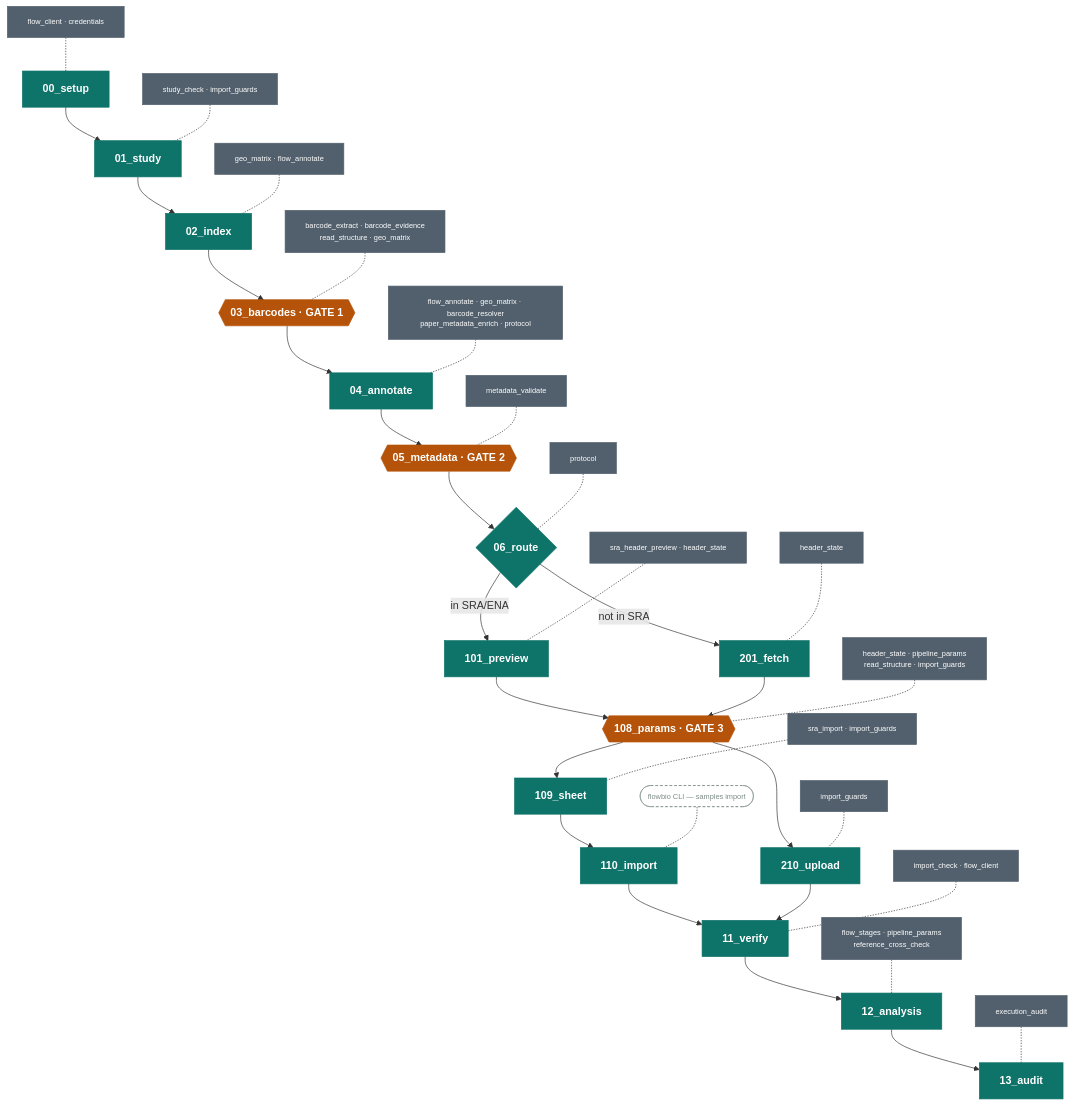
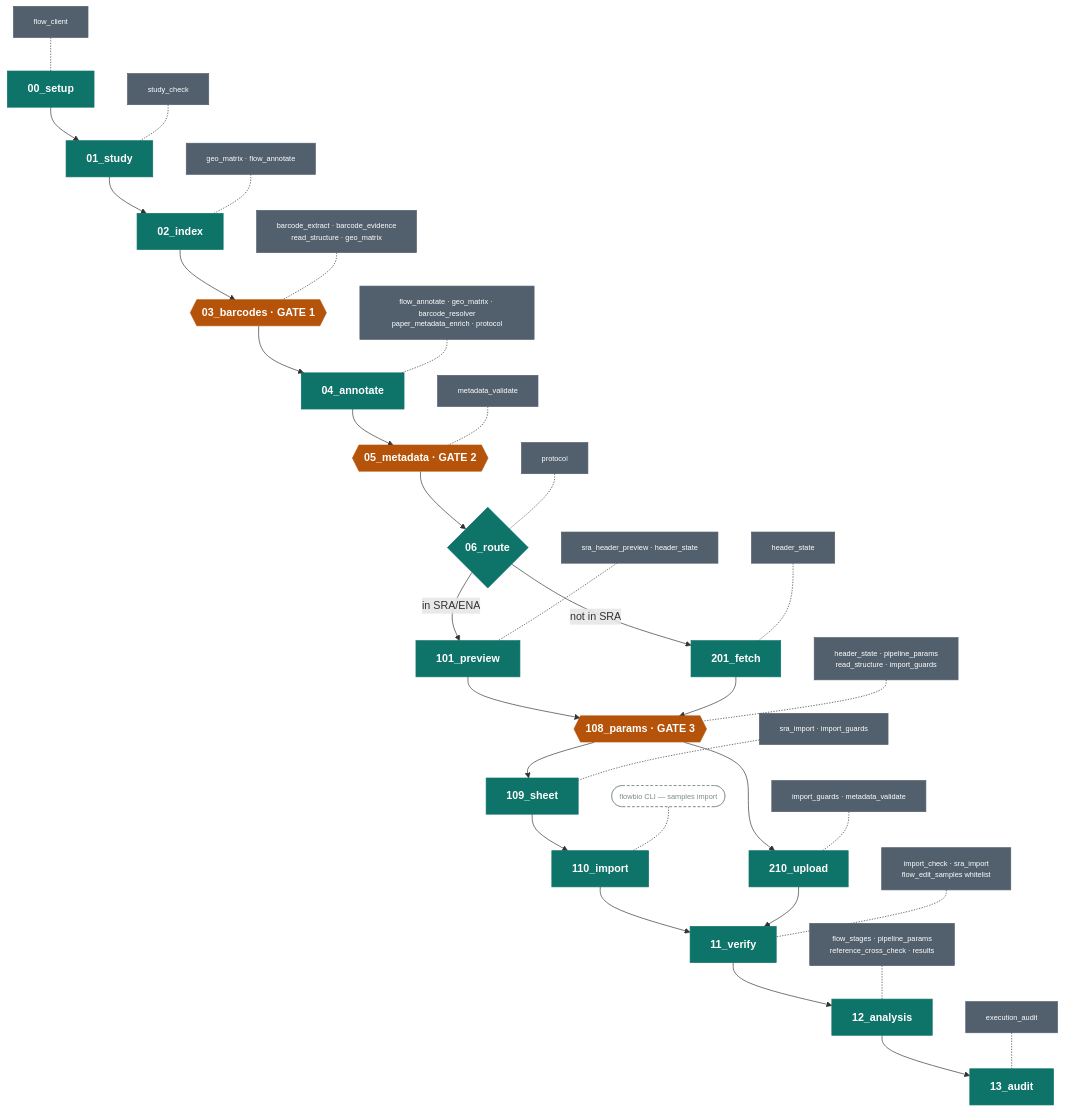
The diagram in skills/flow-compile/reference/wiring.md (Chromojones/ClawBio), drawn with Mermaid before and after one commit. The commit also changed other lines of this file and 11 other files, not shown here.

````diff
--- a/skills/flow-compile/reference/wiring.md
+++ b/skills/flow-compile/reference/wiring.md
@@ -13,34 +13,34 @@
 ```mermaid
 flowchart TD
     S00["00_setup"]:::stage --> S01["01_study"]:::stage --> S02["02_index"]:::stage --> S03{{"03_barcodes · GATE 1"}}:::gate
     S03 --> S04["04_annotate"]:::stage --> S05{{"05_metadata · GATE 2"}}:::gate --> S06{"06_route"}:::stage
     S06 -->|"in SRA/ENA"| S101["101_preview"]:::stage
     S06 -->|"not in SRA"| S201["201_fetch"]:::stage
     S101 --> S108{{"108_params · GATE 3"}}:::gate
     S201 --> S108
     S108 --> S109["109_sheet"]:::stage --> S110["110_import"]:::stage --> S11["11_verify"]:::stage
     S108 --> S210["210_upload"]:::stage --> S11
     S11 --> S12["12_analysis"]:::stage --> S13["13_audit"]:::stage
 
-    L00["flow_client · credentials"]:::lib -.- S00
-    L01["study_check · import_guards"]:::lib -.- S01
+    L00["flow_client"]:::lib -.- S00
+    L01["study_check"]:::lib -.- S01
     L02["geo_matrix · flow_annotate"]:::lib -.- S02
     L03["barcode_extract · barcode_evidence<br/>read_structure · geo_matrix"]:::lib -.- S03
     L04["flow_annotate · geo_matrix · barcode_resolver<br/>paper_metadata_enrich · protocol"]:::lib -.- S04
     L05["metadata_validate"]:::lib -.- S05
     L06["protocol"]:::lib -.- S06
     L101["sra_header_preview · header_state"]:::lib -.- S101
     L201["header_state"]:::lib -.- S201
     L108["header_state · pipeline_params<br/>read_structure · import_guards"]:::lib -.- S108
     L109["sra_import · import_guards"]:::lib -.- S109
     E110(["flowbio CLI — samples import"]):::ext -.- S110
-    L210["import_guards"]:::lib -.- S210
-    L11["import_check · flow_client"]:::lib -.- S11
-    L12["flow_stages · pipeline_params<br/>reference_cross_check"]:::lib -.- S12
+    L210["import_guards · metadata_validate"]:::lib -.- S210
+    L11["import_check · sra_import<br/>flow_edit_samples whitelist"]:::lib -.- S11
+    L12["flow_stages · pipeline_params<br/>reference_cross_check · results"]:::lib -.- S12
     L13["execution_audit"]:::lib -.- S13
 
     classDef stage fill:#0e7369,stroke:#0e7369,color:#ffffff,font-weight:600;
     classDef gate fill:#b45309,stroke:#b45309,color:#ffffff,font-weight:600;
     classDef lib fill:#52606d,stroke:#52606d,color:#ffffff,font-size:11px;
     classDef ext fill:transparent,stroke:#7c8c87,stroke-dasharray:4 3,color:#7c8c87,font-size:11px;
 ```
````
